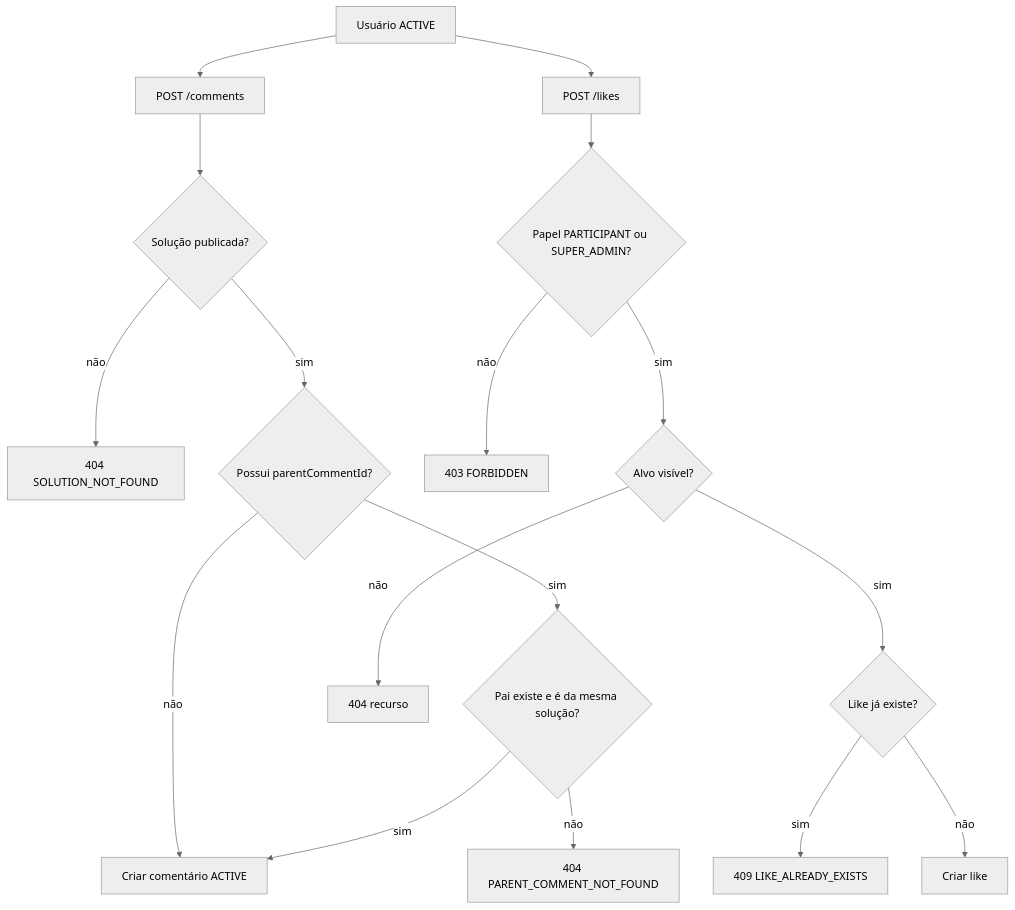
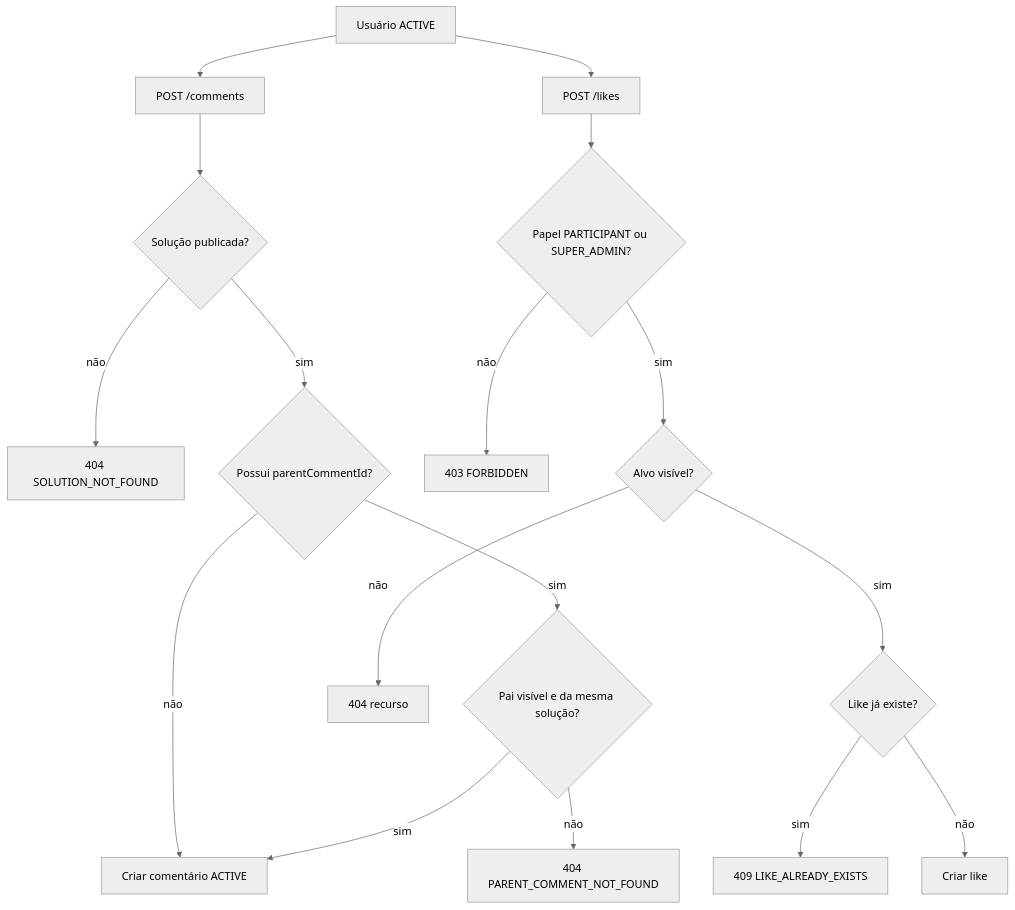
One commit to thaissacarvalho/Catalisa changed the fourth of 6 diagrams in docs/flows/business-flows.md. Above: the diagram before and after it, drawn with Mermaid (neutral theme). The commit also changed other lines of this file and 18 other files, not shown here.

````diff
--- a/docs/flows/business-flows.md
+++ b/docs/flows/business-flows.md
@@ -77,20 +77,20 @@
 ```mermaid
 flowchart TD
     U[Usuário ACTIVE] --> C[POST /comments]
     C --> CV{Solução publicada?}
     CV -- não --> E1[404 SOLUTION_NOT_FOUND]
     CV -- sim --> P{Possui parentCommentId?}
     P -- não --> CR[Criar comentário ACTIVE]
-    P -- sim --> PV{Pai existe e é da mesma solução?}
+    P -- sim --> PV{Pai visível e da mesma solução?}
     PV -- não --> E2[404 PARENT_COMMENT_NOT_FOUND]
     PV -- sim --> CR
 
     U --> L[POST /likes]
     L --> LR{Papel PARTICIPANT ou SUPER_ADMIN?}
     LR -- não --> E3[403 FORBIDDEN]
     LR -- sim --> LV{Alvo visível?}
     LV -- não --> E4[404 recurso]
     LV -- sim --> LD{Like já existe?}
     LD -- sim --> E5[409 LIKE_ALREADY_EXISTS]
     LD -- não --> LC[Criar like]
 ```
````
